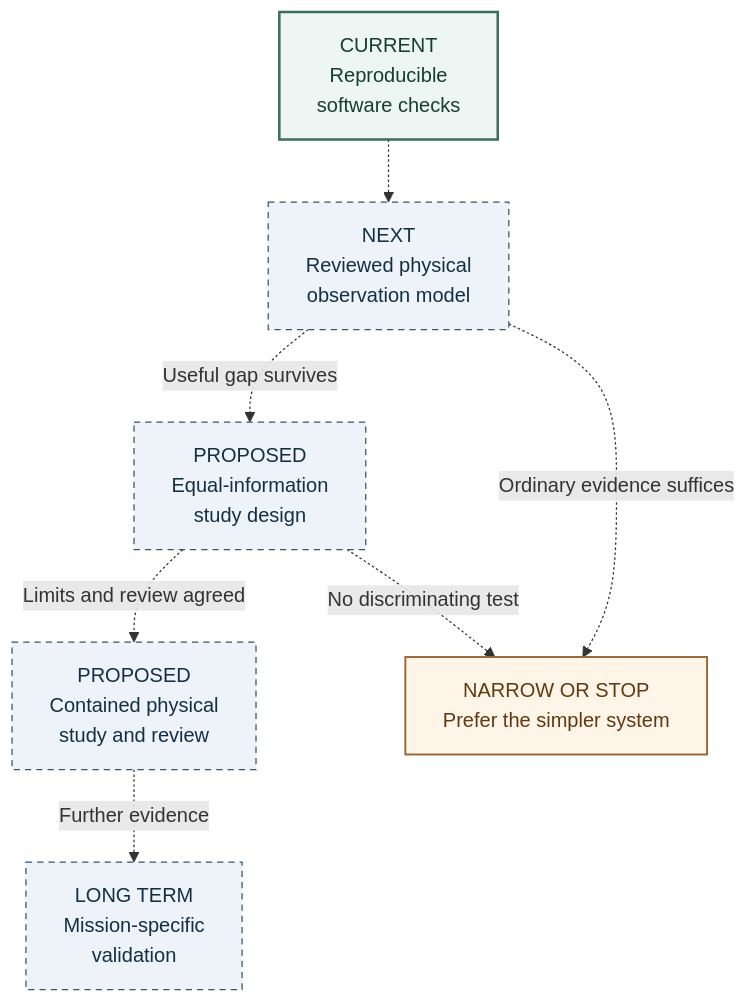
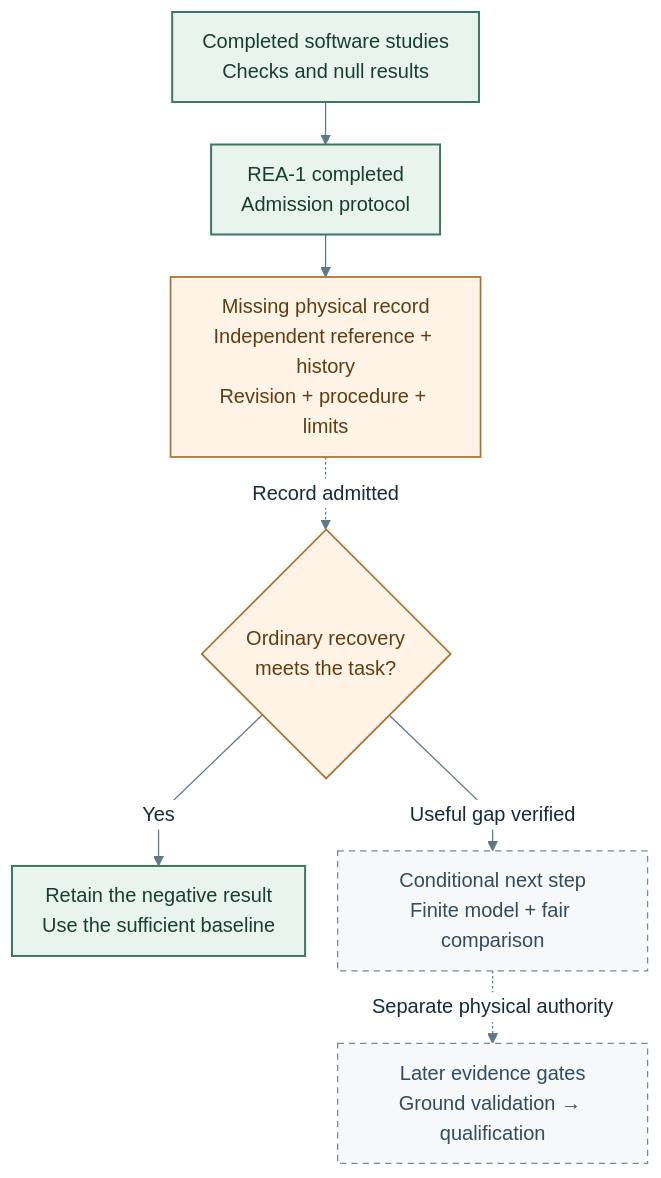
The fourth of 4 diagrams in README.md (manfromnowhere143/cartan), drawn with Mermaid before and after one commit. The commit also changed other lines of this file and 51 other files, not shown here.

Commit message:
Update research story, diagrams and integrated continuation records

````diff
--- a/README.md
+++ b/README.md
@@ -180,22 +310,40 @@
 ```mermaid
+---
+config:
+  theme: base
+  look: classic
+  fontFamily: Arial
+  themeVariables:
+    fontFamily: Arial
+    fontSize: 16px
+    primaryColor: "#eef3f7"
+    primaryTextColor: "#172b3a"
+    primaryBorderColor: "#607787"
+    lineColor: "#607787"
+    clusterBkg: "#f8fafc"
+    clusterBorder: "#c6d1da"
+    edgeLabelBackground: "#ffffff"
+  flowchart:
+    curve: linear
+    nodeSpacing: 26
+    rankSpacing: 34
+    padding: 12
+    htmlLabels: true
+---
 flowchart TB
-    accTitle: Evidence required to advance CARTAN
-    accDescr: Software checks are complete within declared scopes. A reviewed physical observation model, an equal-information study design, and a contained physical study remain future gates. Existing methods are preferred when they meet the requirement. Mission qualification is separate.
-    S["CURRENT<br/>Reproducible<br/>software checks"]
-    O["NEXT<br/>Reviewed physical<br/>observation model"]
-    C["PROPOSED<br/>Equal-information<br/>study design"]
-    P["PROPOSED<br/>Contained physical<br/>study and review"]
-    F["LONG TERM<br/>Mission-specific<br/>validation"]
-    S -.-> O
-    O -. "Useful gap survives" .-> C
-    C -. "Limits and review agreed" .-> P
-    P -. "Further evidence" .-> F
-    O -. "Ordinary evidence suffices" .-> N["NARROW OR STOP<br/>Prefer the simpler system"]
-    C -. "No discriminating test" .-> N
-    classDef current fill:#edf6f2,stroke:#3c6c5b,color:#163e30,stroke-width:2px;
-    classDef pending fill:#edf3f8,stroke:#34566e,color:#142f43,stroke-dasharray:5 4;
-    classDef decision fill:#fff4e8,stroke:#9a6230,color:#61390f,stroke-width:1.5px;
-    class S current;
-    class O,C,P,F pending;
-    class N decision;
+    accTitle: Progress from reproducible software to an admissible physical question
+    accDescr: Completed software and source reviews lead to REA-1 evidence admission. Missing unit records currently block physical conclusions. Ordinary recovery is tested before a new model. A baseline-sufficient result is retained. A surviving useful gap could justify a reviewed finite abstraction and later physical validation; mission qualification remains separate.
+    S["Completed software studies<br/>Checks and null results"] --> R["REA-1 completed<br/>Admission protocol"]
+    R --> E["Missing physical record<br/>Independent reference + history<br/>Revision + procedure + limits"]
+    E -. "Record admitted" .-> Q{"Ordinary recovery<br/>meets the task?"}
+    Q -->|Yes| N["Retain the negative result<br/>Use the sufficient baseline"]
+    Q -->|Useful gap verified| A["Conditional next step<br/>Finite model + fair comparison"]
+    A -. "Separate physical authority" .-> P["Later evidence gates<br/>Ground validation → qualification"]
+    classDef model fill:#eef3f7,stroke:#607787,color:#172b3a,stroke-width:1.4px;
+    classDef evidence fill:#e9f4ef,stroke:#417563,color:#183e32,stroke-width:1.6px;
+    classDef open fill:#fff4e5,stroke:#a67532,color:#5f3d13,stroke-width:1.4px;
+    classDef future fill:#f6f8fa,stroke:#788894,color:#334b5b,stroke-dasharray:5 4;
+    class S,R,N evidence;
+    class E,Q open;
+    class A,P future;
 ```
````
